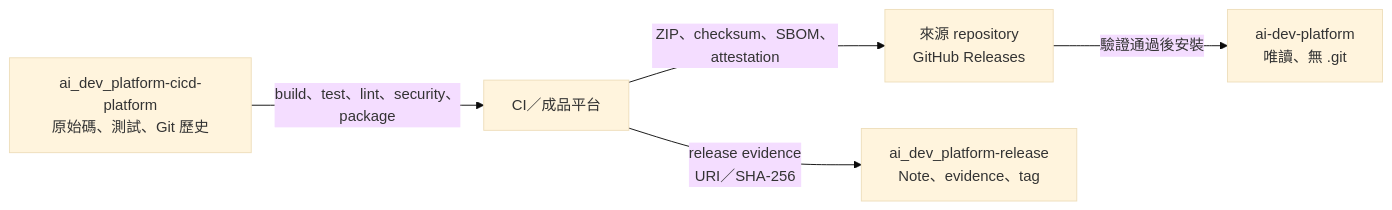
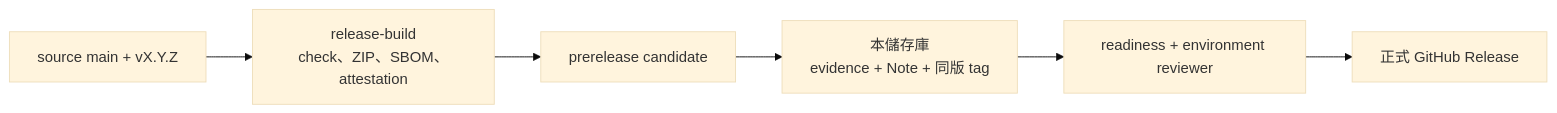
The diagram in README.md (JiaChangGit/ai_dev_platform-release), drawn with Mermaid (base theme) before and after one commit. The commit also changed other lines of this file and 4 other files, not shown here.

Commit message:
docs(release): align the v1.5.0 promotion flow (#7)

````diff
--- a/README.md
+++ b/README.md
@@ -14,7 +7,8 @@
 ```mermaid
 flowchart LR
-    S["ai_dev_platform-cicd-platform<br/>原始碼、測試、Git 歷史"] -->|"build、test、lint、security、package"| C["CI／成品平台"]
-    C -->|"ZIP、checksum、SBOM、attestation"| A["來源 repository<br/>GitHub Releases"]
-    C -->|"release evidence<br/>URI／SHA-256"| R["ai_dev_platform-release<br/>Note、evidence、tag"]
-    A -->|"驗證通過後安裝"| P["ai-dev-platform<br/>唯讀、無 .git"]
+    S["source main + vX.Y.Z"] --> C["release-build<br/>check、ZIP、SBOM、attestation"]
+    C --> P["prerelease candidate"]
+    P --> E["本儲存庫<br/>evidence + Note + 同版 tag"]
+    E --> R["readiness + environment reviewer"]
+    R --> F["正式 GitHub Release"]
 ```
````
